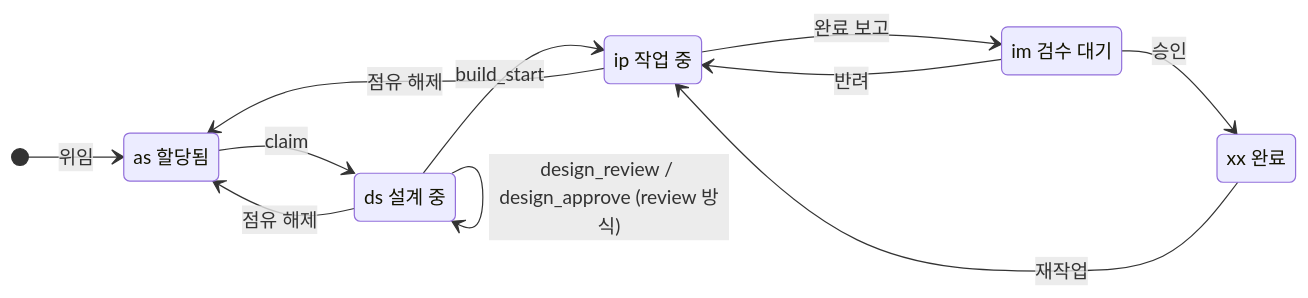
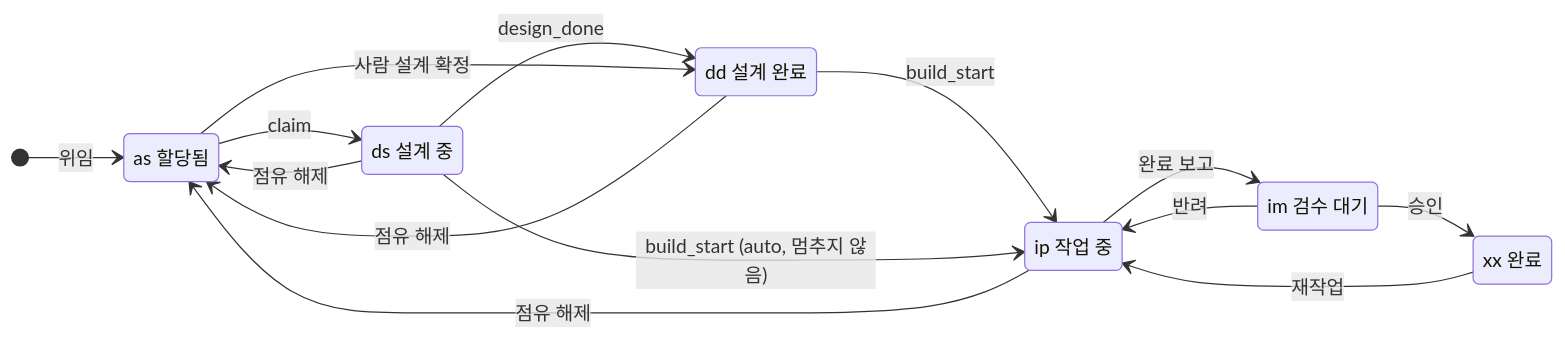
Before and after one commit to donseok/wbs-web: the fourth of 4 diagrams in docs/superpowers/specs/2026-09-26-design-state-dev-auto-design.md, drawn with Mermaid. The commit also changed other lines of this file, not shown here.

````diff
--- a/docs/superpowers/specs/2026-09-26-design-state-dev-auto-design.md
+++ b/docs/superpowers/specs/2026-09-26-design-state-dev-auto-design.md
@@ -156,19 +177,23 @@
 ```mermaid
 stateDiagram-v2
     direction LR
     as: as 할당됨
     ds: ds 설계 중
+    dd: dd 설계 완료
     ip: ip 작업 중
     im: im 검수 대기
     xx: xx 완료
     [*] --> as: 위임
     as --> ds: claim
-    ds --> ds: design_review / design_approve (review 방식)
-    ds --> ip: build_start
+    ds --> dd: design_done
+    as --> dd: 사람 설계 확정
+    dd --> ip: build_start
+    ds --> ip: build_start (auto, 멈추지 않음)
     ip --> im: 완료 보고
     im --> xx: 승인
     im --> ip: 반려
     xx --> ip: 재작업
+    ds --> as: 점유 해제
+    dd --> as: 점유 해제
     ip --> as: 점유 해제
-    ds --> as: 점유 해제
 ```
````
